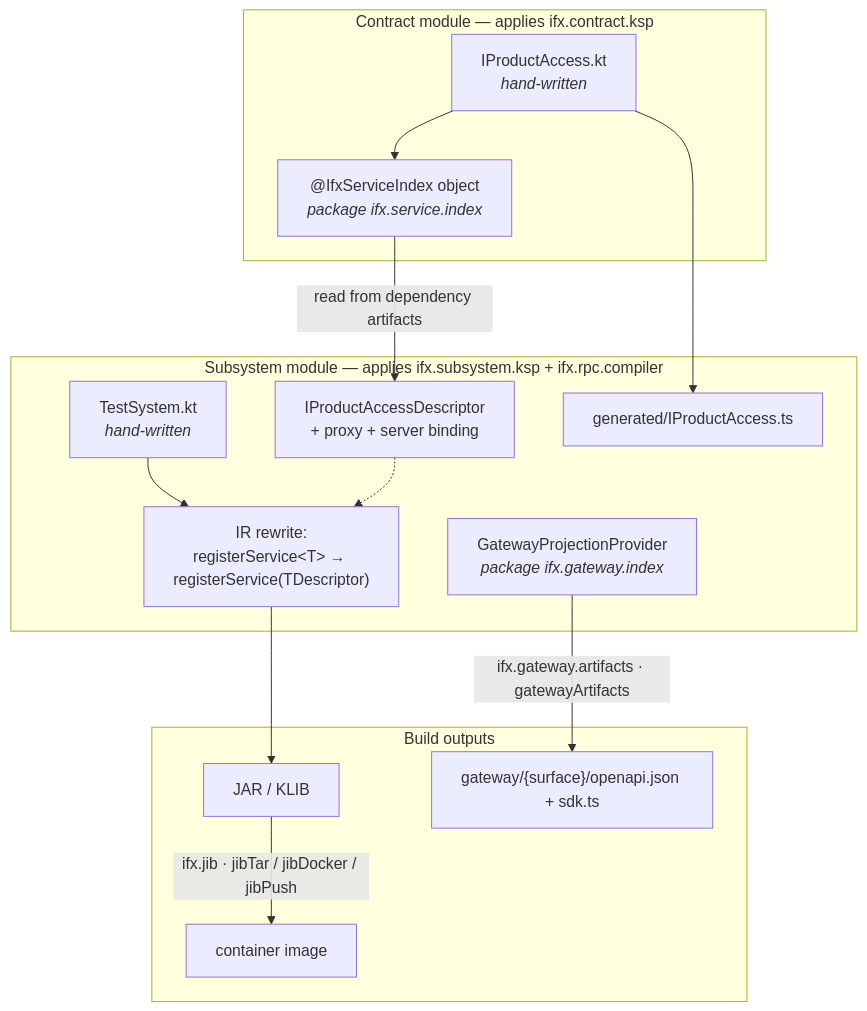
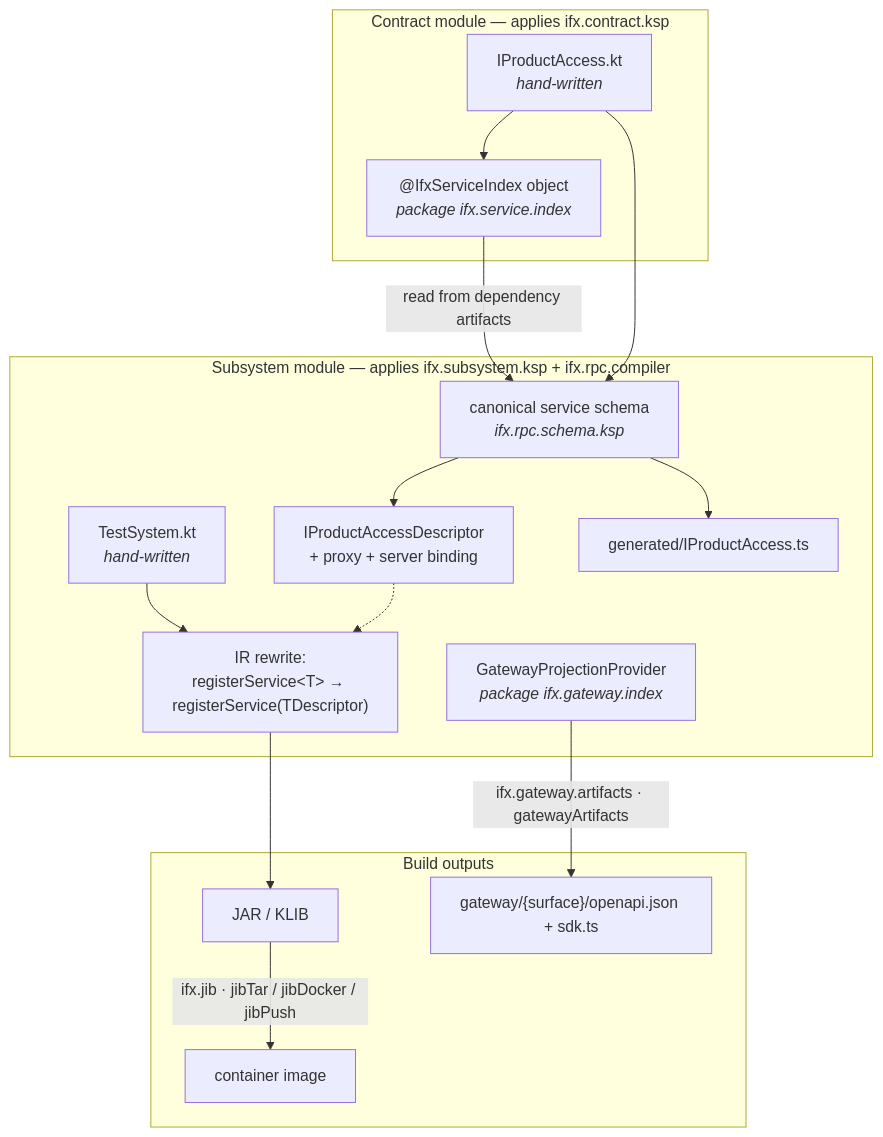
Before and after one commit to carbide-ifx/carbide: the sixth of 10 diagrams in docs/diagrams.md, drawn with Mermaid. The commit also changed 21 other files, not shown here.

Commit message:
Unify generated service schemas

````diff
--- a/docs/diagrams.md
+++ b/docs/diagrams.md
@@ -275,30 +275,33 @@
 ```mermaid
 flowchart TB
     subgraph m1["Contract module — applies ifx.contract.ksp"]
         a1["IProductAccess.kt<br/><i>hand-written</i>"]
         a2["@IfxServiceIndex object<br/><i>package ifx.service.index</i>"]
         a1 --> a2
     end
 
     subgraph m2["Subsystem module — applies ifx.subsystem.ksp + ifx.rpc.compiler"]
         b0["TestSystem.kt<br/><i>hand-written</i>"]
+        bs["canonical service schema<br/><i>ifx.rpc.schema.ksp</i>"]
         b1["IProductAccessDescriptor<br/>+ proxy + server binding"]
         b2["GatewayProjectionProvider<br/><i>package ifx.gateway.index</i>"]
         b3["generated/IProductAccess.ts"]
         b4["IR rewrite:<br/>registerService&lt;T&gt; → registerService(TDescriptor)"]
         b0 --> b4
+        bs --> b1
+        bs --> b3
         b1 -.-> b4
     end
 
     subgraph out["Build outputs"]
         o1["JAR / KLIB"]
         o2["gateway/{surface}/openapi.json + sdk.ts"]
         o3["container image"]
     end
 
-    a2 -->|"read from dependency artifacts"| b1
-    a1 --> b3
+    a2 -->|"read from dependency artifacts"| bs
+    a1 --> bs
     b4 --> o1
     b2 -->|"ifx.gateway.artifacts · gatewayArtifacts"| o2
     o1 -->|"ifx.jib · jibTar / jibDocker / jibPush"| o3
 ```
````
